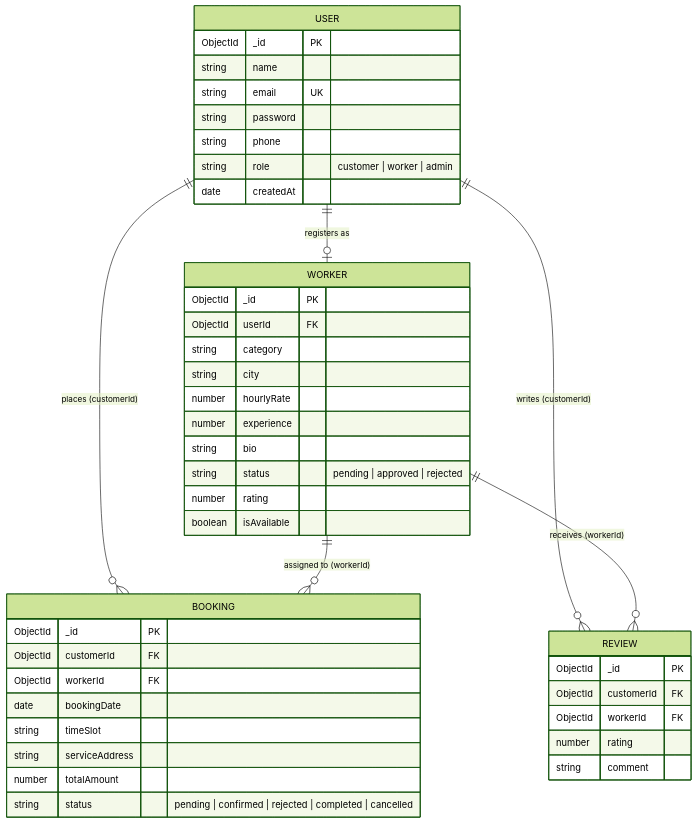
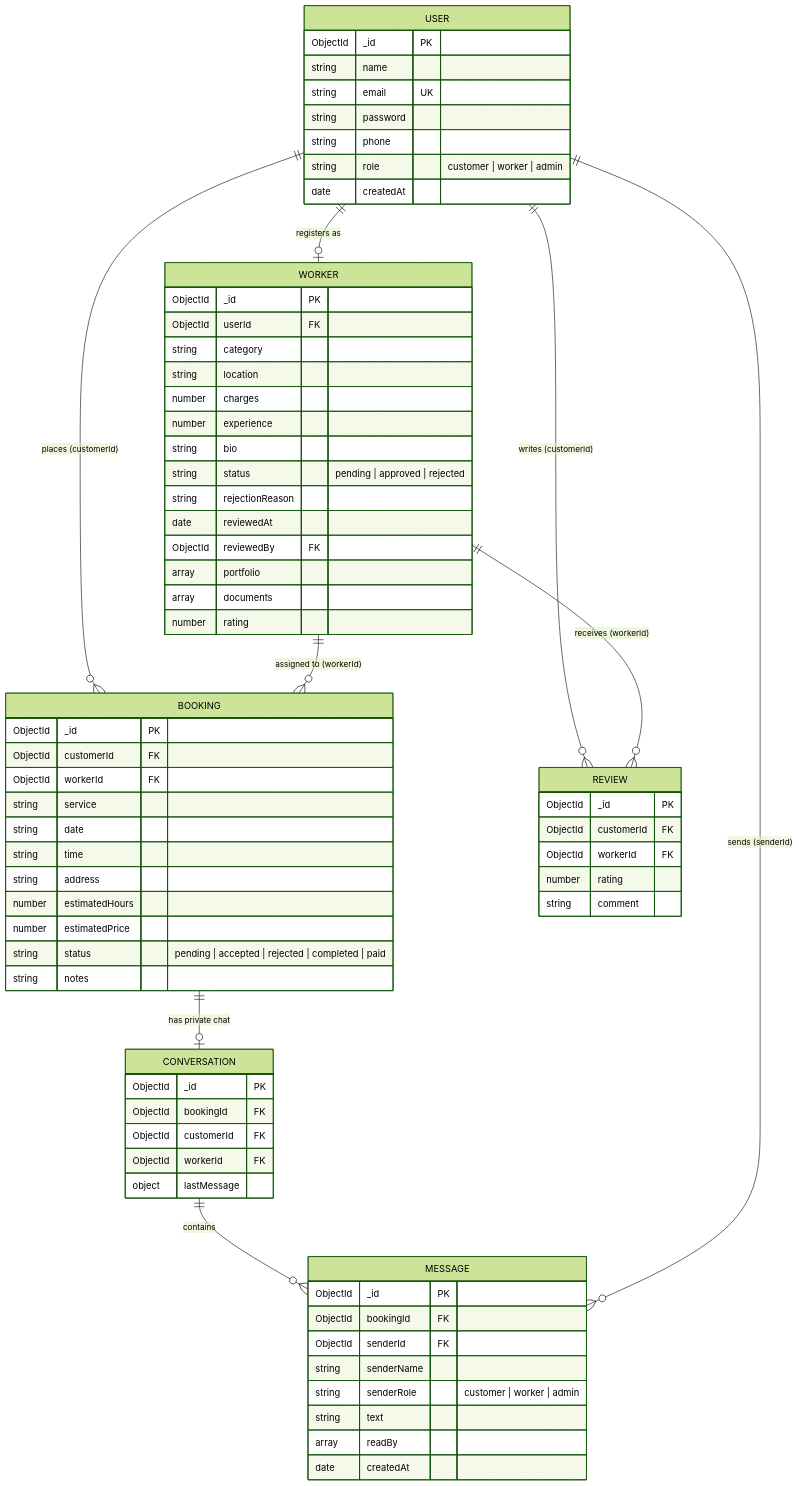
The second of 2 diagrams in README.md (PrathamGoyalsleep/UCS503P-2026-27-Local-Hands), drawn with Mermaid (forest theme) before and after one commit. The commit also changed other lines of this file and 44 other files, not shown here.

Commit message:
Week 7: Real-Time Live Chat, Admin Verification Engine & Transactional Email Notification Pipeline

````diff
--- a/README.md
+++ b/README.md
@@ -137,50 +159,79 @@
 ```mermaid
 erDiagram
     USER ||--o| WORKER : "registers as"
     USER ||--o{ BOOKING : "places (customerId)"
     WORKER ||--o{ BOOKING : "assigned to (workerId)"
+    BOOKING ||--o| CONVERSATION : "has private chat"
+    CONVERSATION ||--o{ MESSAGE : "contains"
+    USER ||--o{ MESSAGE : "sends (senderId)"
     USER ||--o{ REVIEW : "writes (customerId)"
     WORKER ||--o{ REVIEW : "receives (workerId)"
 
     USER {
         ObjectId _id PK
         string name
         string email UK
         string password
         string phone
         string role "customer | worker | admin"
         date createdAt
     }
 
     WORKER {
         ObjectId _id PK
         ObjectId userId FK
         string category
-        string city
-        number hourlyRate
+        string location
+        number charges
         number experience
         string bio
         string status "pending | approved | rejected"
+        string rejectionReason
+        date reviewedAt
+        ObjectId reviewedBy FK
+        array portfolio
+        array documents
         number rating
-        boolean isAvailable
     }
 
     BOOKING {
         ObjectId _id PK
         ObjectId customerId FK
         ObjectId workerId FK
-        date bookingDate
-        string timeSlot
-        string serviceAddress
-        number totalAmount
-        string status "pending | confirmed | rejected | completed | cancelled"
+        string service
+        string date
+        string time
+        string address
+        number estimatedHours
+        number estimatedPrice
+        string status "pending | accepted | rejected | completed | paid"
+        string notes
+    }
+
+    CONVERSATION {
+        ObjectId _id PK
+        ObjectId bookingId FK
+        ObjectId customerId FK
+        ObjectId workerId FK
+        object lastMessage
+    }
+
+    MESSAGE {
+        ObjectId _id PK
+        ObjectId bookingId FK
+        ObjectId senderId FK
+        string senderName
+        string senderRole "customer | worker | admin"
+        string text
+        array readBy
+        date createdAt
     }
 
     REVIEW {
         ObjectId _id PK
         ObjectId customerId FK
         ObjectId workerId FK
         number rating
         string comment
     }
 ```
````
